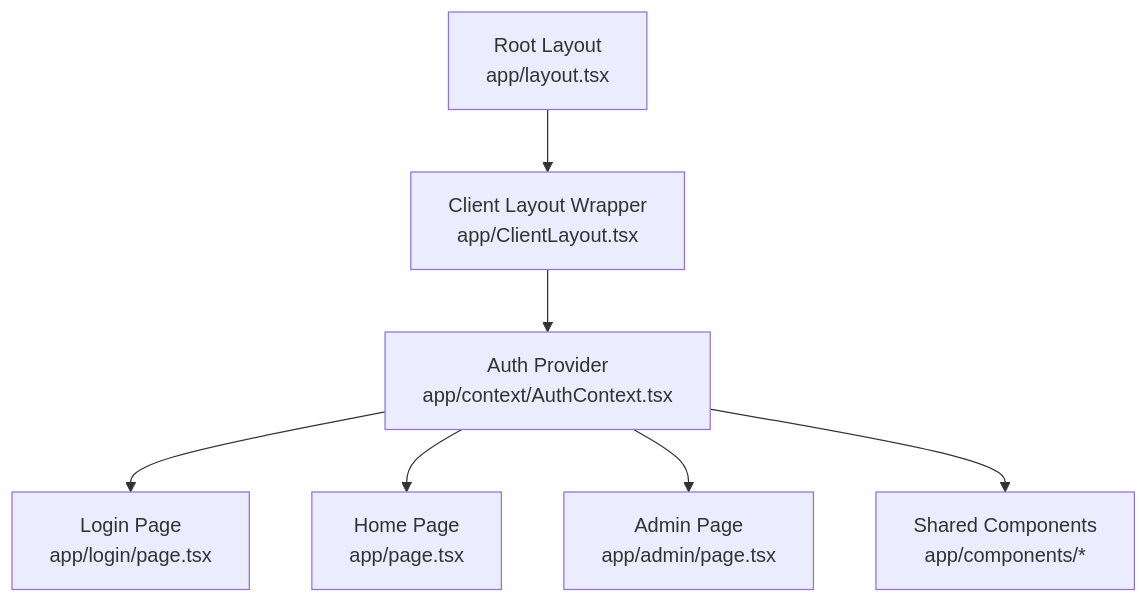
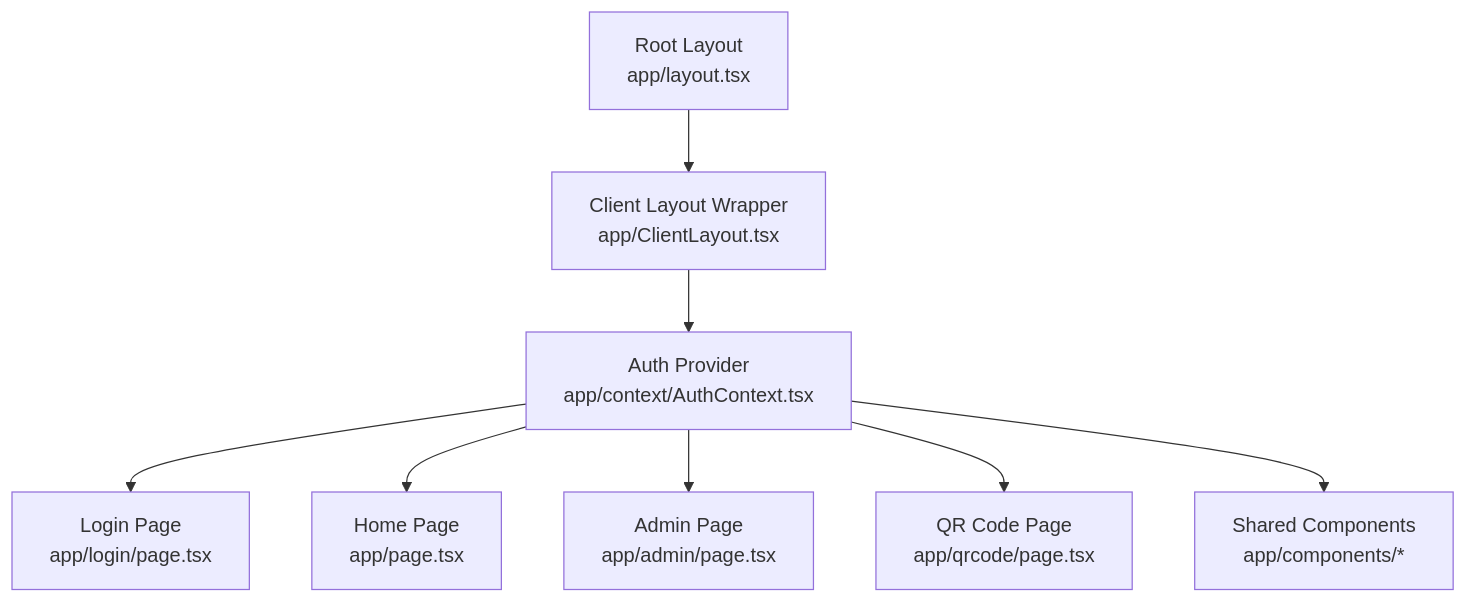
One commit to alifsurya2710/Selamat-Ulang-Tahun changed the first of 7 diagrams in .qoder/repowiki/en/content/Authentication System.md. Above: the diagram before and after it, drawn with Mermaid. The commit also changed other lines of this file and 31 other files, not shown here.

````diff
--- a/.qoder/repowiki/en/content/Authentication System.md
+++ b/.qoder/repowiki/en/content/Authentication System.md
@@ -36,9 +46,10 @@
 ```mermaid
 graph TB
 Layout["Root Layout<br/>app/layout.tsx"] --> ClientLayout["Client Layout Wrapper<br/>app/ClientLayout.tsx"]
 ClientLayout --> AuthProvider["Auth Provider<br/>app/context/AuthContext.tsx"]
 AuthProvider --> LoginPage["Login Page<br/>app/login/page.tsx"]
 AuthProvider --> HomePage["Home Page<br/>app/page.tsx"]
 AuthProvider --> AdminPage["Admin Page<br/>app/admin/page.tsx"]
+AuthProvider --> QRCodePage["QR Code Page<br/>app/qrcode/page.tsx"]
 AuthProvider --> Components["Shared Components<br/>app/components/*"]
 ```
````
